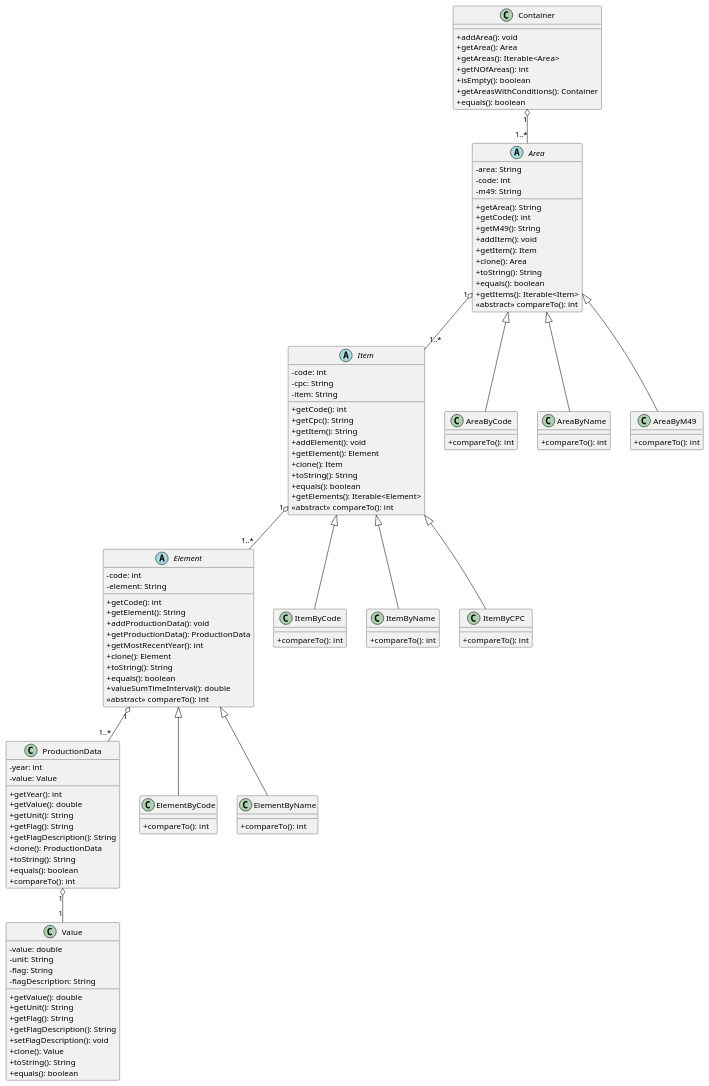
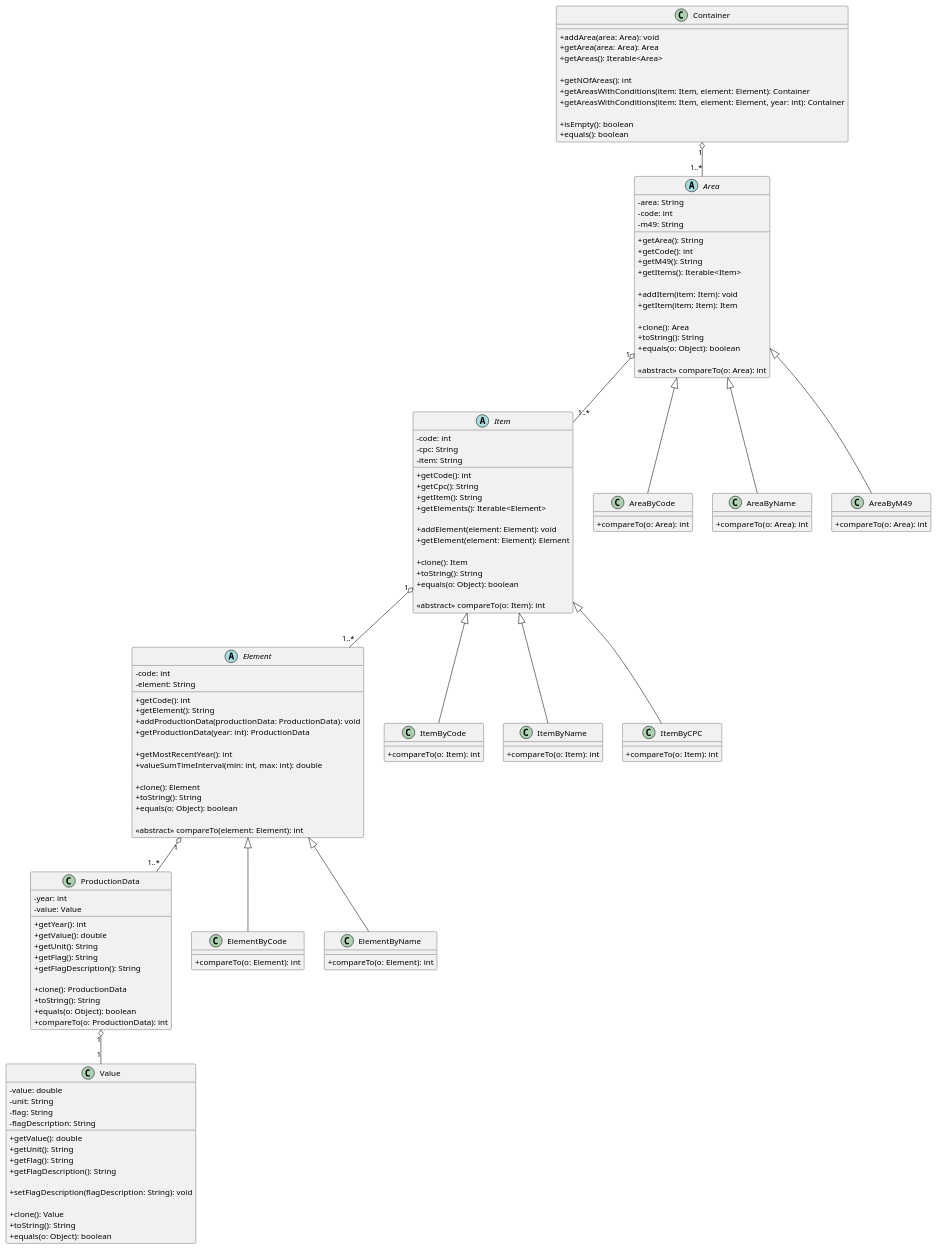
The diagram in docs/CD.puml (ricardo177m/esinf-trab02), drawn with PlantUML before and after one commit. The commit also changed 3 other files, not shown here.

```diff
--- a/docs/CD.puml
+++ b/docs/CD.puml
@@ -1,150 +1,155 @@
 @startuml CD
 skinparam classAttributeIconSize 0
 
 abstract Area {
   - area: String
   - code: int
   - m49: String
 
   + getArea(): String
   + getCode(): int
   + getM49(): String
-  + addItem(): void
-  + getItem(): Item
+  + getItems(): Iterable<Item>
+
+  + addItem(item: Item): void
+  + getItem(item: Item): Item
+
   + clone(): Area
   + toString(): String
-  + equals(): boolean
-  + getItems(): Iterable<Item>
-  <<abstract>> compareTo(): int
+  + equals(o: Object): boolean
 
+  <<abstract>> compareTo(o: Area): int
 }
 
 abstract Item {
   - code: int
   - cpc: String
   - item: String
 
   + getCode(): int
   + getCpc(): String
   + getItem(): String
-  + addElement(): void
-  + getElement(): Element
+  + getElements(): Iterable<Element>
+
+  + addElement(element: Element): void
+  + getElement(element: Element): Element
+
   + clone(): Item
   + toString(): String
-  + equals(): boolean
-  + getElements(): Iterable<Element>
-  <<abstract>> compareTo(): int
+  + equals(o: Object): boolean
 
-
-
+  <<abstract>> compareTo(o: Item): int
 }
 
 abstract Element {
   - code: int
   - element: String
 
   + getCode(): int
   + getElement(): String
-  + addProductionData(): void
-  + getProductionData(): ProductionData
+  + addProductionData(productionData: ProductionData): void
+  + getProductionData(year: int): ProductionData
+
   + getMostRecentYear(): int
+  + valueSumTimeInterval(min: int, max: int): double
+
   + clone(): Element
   + toString(): String
-  + equals(): boolean
-  + valueSumTimeInterval(): double
-  <<abstract>> compareTo(): int
+  + equals(o: Object): boolean
 
+  <<abstract>> compareTo(element: Element): int
 }
 
 class ProductionData {
   - year: int
   - value: Value
 
   + getYear(): int
   + getValue(): double
   + getUnit(): String
   + getFlag(): String
   + getFlagDescription(): String
+
   + clone(): ProductionData
   + toString(): String
-  + equals(): boolean
-  + compareTo(): int
-
+  + equals(o: Object): boolean
+  + compareTo(o: ProductionData): int
 }
 
 class Value {
   - value: double
   - unit: String
   - flag: String
   - flagDescription: String
 
   + getValue(): double
   + getUnit(): String
   + getFlag(): String
   + getFlagDescription(): String
-  + setFlagDescription(): void
+
+  + setFlagDescription(flagDescription: String): void
+
   + clone(): Value
   + toString(): String
-  + equals(): boolean
-
-
+  + equals(o: Object): boolean
 }
 
 class Container {
-  + addArea(): void
-  + getArea(): Area
+  + addArea(area: Area): void
+  + getArea(area: Area): Area
   + getAreas(): Iterable<Area>
+
   + getNOfAreas(): int
+  + getAreasWithConditions(item: Item, element: Element): Container
+  + getAreasWithConditions(item: Item, element: Element, year: int): Container
+
   + isEmpty(): boolean
-  + getAreasWithConditions(): Container
   + equals(): boolean
-
-
 }
 
 Container "1" o-- "1..*" Area
 Area "1" o-- "1..*" Item
 Item "1" o-- "1..*" Element
 Element "1" o-- "1..*" ProductionData
 ProductionData "1" o-- "1" Value
 
 class AreaByCode {
-  + compareTo(): int
+  + compareTo(o: Area): int
 
 }
 class AreaByName {
-  + compareTo(): int
+  + compareTo(o: Area): int
 }
 class AreaByM49 {
-  + compareTo(): int
+  + compareTo(o: Area): int
 }
 
 class ItemByCode {
-  + compareTo(): int
+  + compareTo(o: Item): int
 }
 class ItemByName {
-  + compareTo(): int
+  + compareTo(o: Item): int
 }
 class ItemByCPC {
-  + compareTo(): int
+  + compareTo(o: Item): int
 }
 
 class ElementByCode {
-  + compareTo(): int
+  + compareTo(o: Element): int
 }
 class ElementByName {
-  + compareTo(): int
+  + compareTo(o: Element): int
 }
 
 Area <|-- AreaByCode
 Area <|-- AreaByName
 Area <|-- AreaByM49
 
 Item <|-- ItemByCode
 Item <|-- ItemByName
 Item <|-- ItemByCPC
 
 Element <|-- ElementByCode
 Element <|-- ElementByName
 
 @enduml
```
